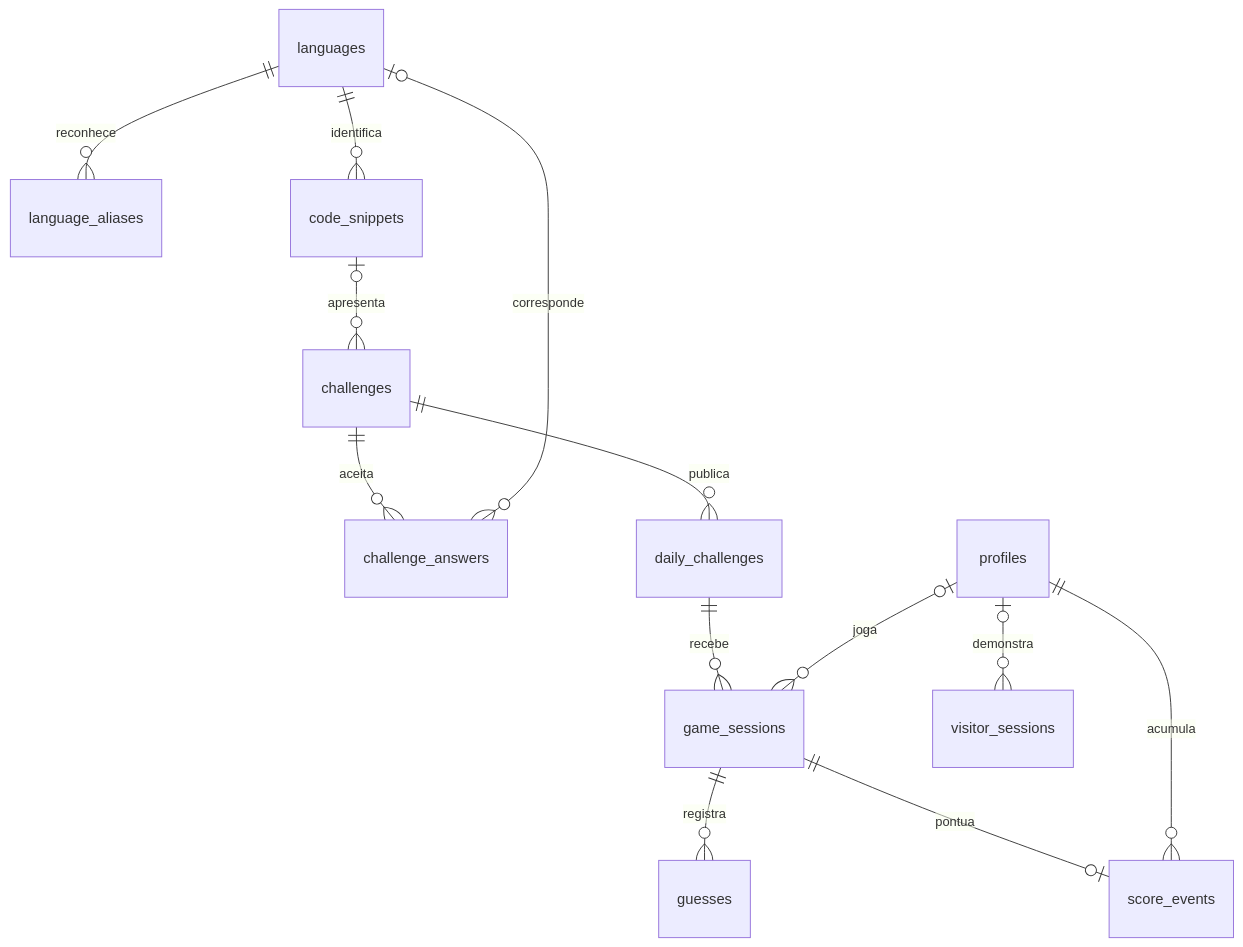
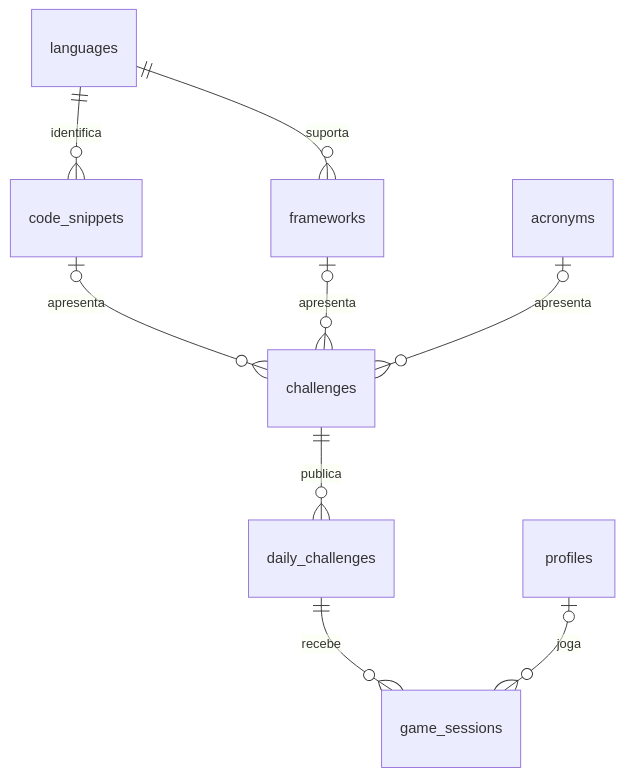
Before and after one commit to GusSanti/WhatIsTheSyntax: the second of 2 diagrams in docs/ARQUITETURA.md, drawn with Mermaid. The commit also changed other lines of this file and 16 other files, not shown here.

````diff
--- a/docs/ARQUITETURA.md
+++ b/docs/ARQUITETURA.md
@@ -68,15 +65,11 @@
 ```mermaid
 erDiagram
-    languages ||--o{ language_aliases : reconhece
     languages ||--o{ code_snippets : identifica
+    languages ||--o{ frameworks : suporta
     code_snippets o|--o{ challenges : apresenta
-    challenges ||--o{ challenge_answers : aceita
-    languages o|--o{ challenge_answers : corresponde
+    frameworks o|--o{ challenges : apresenta
+    acronyms o|--o{ challenges : apresenta
     challenges ||--o{ daily_challenges : publica
     daily_challenges ||--o{ game_sessions : recebe
     profiles o|--o{ game_sessions : joga
-    game_sessions ||--o{ guesses : registra
-    game_sessions ||--o| score_events : pontua
-    profiles ||--o{ score_events : acumula
-    profiles o|--o{ visitor_sessions : demonstra
 ```
````
